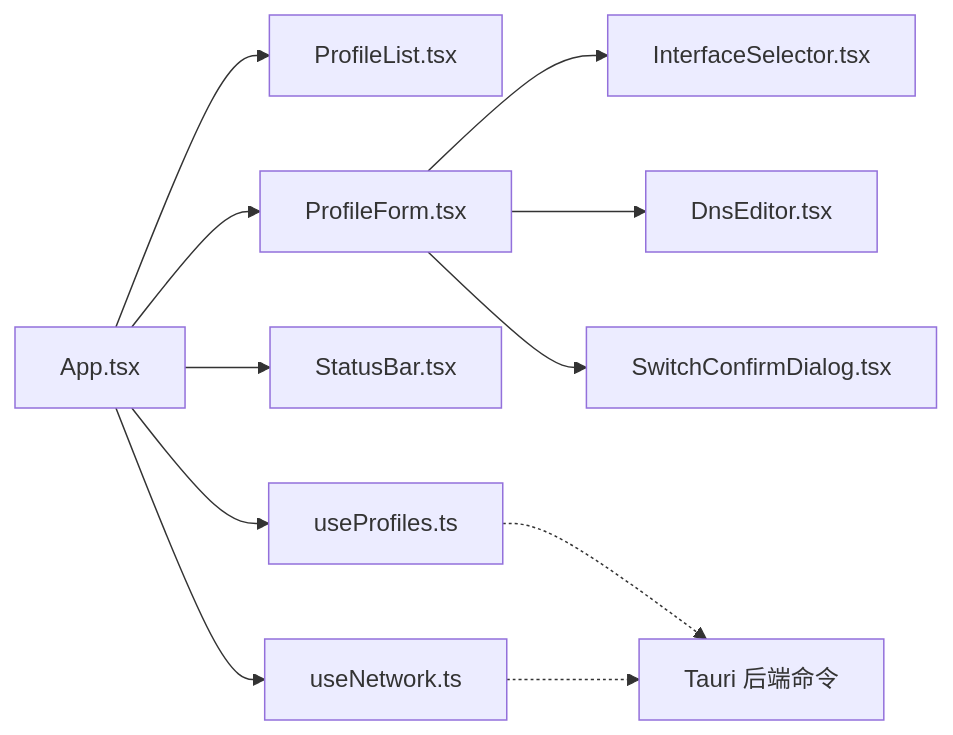
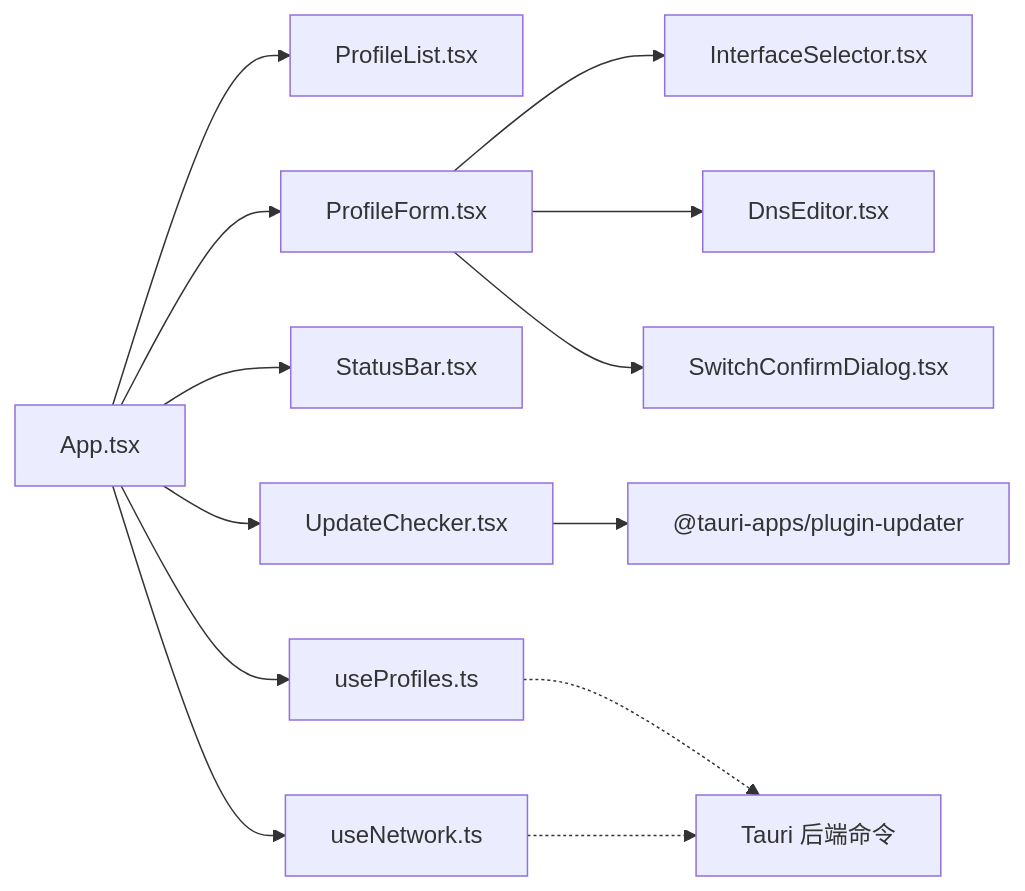
One commit to xdongliang/IPSwitcher changed the second of 8 diagrams in .qoder/repowiki/zh/content/前端开发指南/前端开发指南.md. Above: the diagram before and after it, drawn with Mermaid. The commit also changed other lines of this file and 7 other files, not shown here.

````diff
--- a/.qoder/repowiki/zh/content/前端开发指南/前端开发指南.md
+++ b/.qoder/repowiki/zh/content/前端开发指南/前端开发指南.md
@@ -90,13 +91,15 @@
 ```mermaid
 graph LR
 App["App.tsx"] --> PL["ProfileList.tsx"]
 App --> PF["ProfileForm.tsx"]
 App --> SB["StatusBar.tsx"]
+App --> UC["UpdateChecker.tsx"]
 PF --> IS["InterfaceSelector.tsx"]
 PF --> DE["DnsEditor.tsx"]
 PF --> SCD["SwitchConfirmDialog.tsx"]
 App --> UP["useProfiles.ts"]
 App --> UN["useNetwork.ts"]
+UC --> Updater["@tauri-apps/plugin-updater"]
 UP -.-> Tauri["Tauri 后端命令"]
 UN -.-> Tauri
 ```
````
